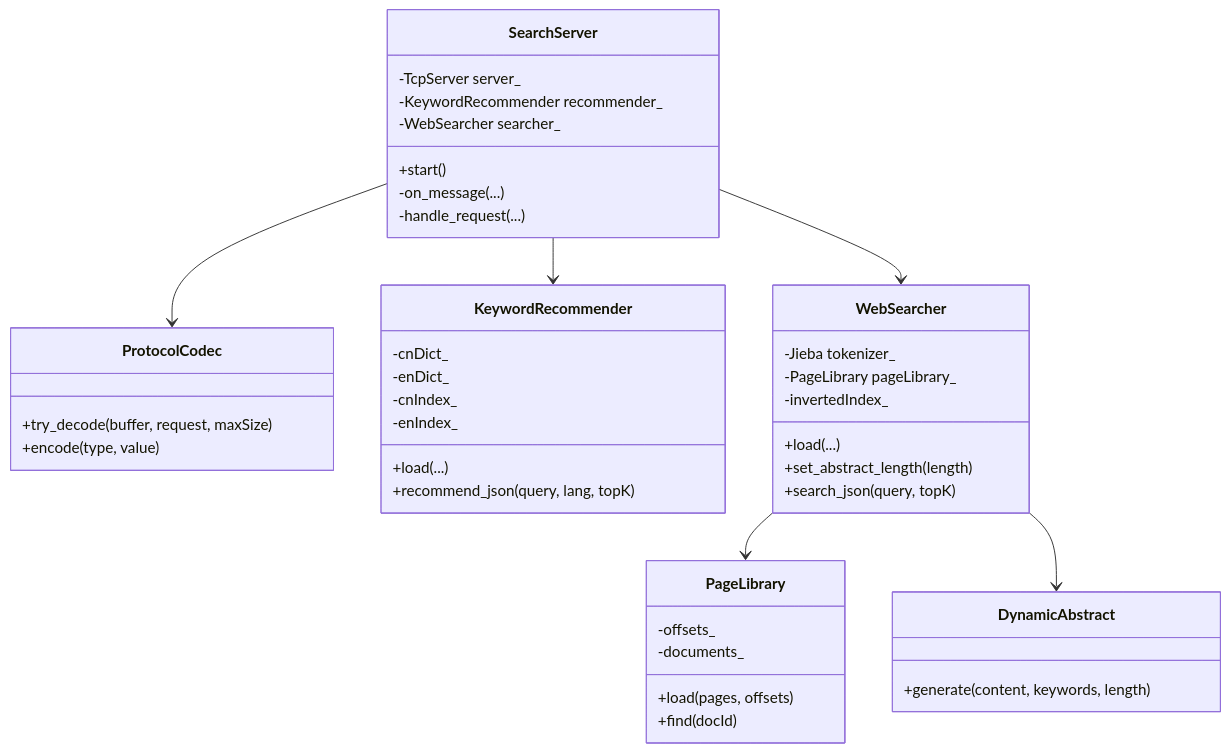
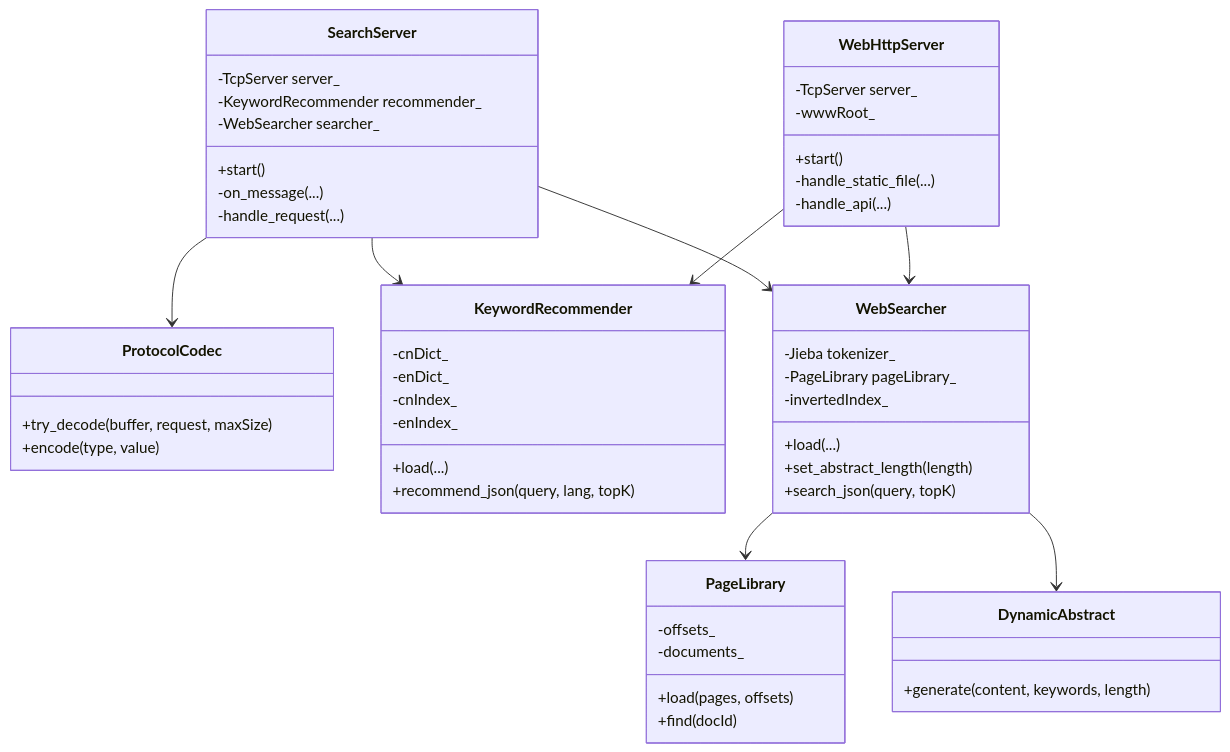
The fifth of 10 diagrams in 课件/07_搜索引擎项目/02_SearchEngine_V2/README.md (dijk4tra/Cpp_Advanced), drawn with Mermaid before and after one commit. The commit also changed other lines of this file and 25 other files, not shown here.

````diff
--- a/课件/07_搜索引擎项目/02_SearchEngine_V2/README.md
+++ b/课件/07_搜索引擎项目/02_SearchEngine_V2/README.md
@@ -388,51 +398,61 @@
 ```mermaid
 classDiagram
     class SearchServer {
         -TcpServer server_
         -KeywordRecommender recommender_
         -WebSearcher searcher_
         +start()
         -on_message(...)
         -handle_request(...)
     }
 
     class ProtocolCodec {
         +try_decode(buffer, request, maxSize)
         +encode(type, value)
     }
 
     class KeywordRecommender {
         -cnDict_
         -enDict_
         -cnIndex_
         -enIndex_
         +load(...)
         +recommend_json(query, lang, topK)
     }
 
     class WebSearcher {
         -Jieba tokenizer_
         -PageLibrary pageLibrary_
         -invertedIndex_
         +load(...)
         +set_abstract_length(length)
         +search_json(query, topK)
     }
 
     class PageLibrary {
         -offsets_
         -documents_
         +load(pages, offsets)
         +find(docId)
     }
 
     class DynamicAbstract {
         +generate(content, keywords, length)
     }
 
+    class WebHttpServer {
+        -TcpServer server_
+        -wwwRoot_
+        +start()
+        -handle_static_file(...)
+        -handle_api(...)
+    }
+
     SearchServer --> ProtocolCodec
     SearchServer --> KeywordRecommender
     SearchServer --> WebSearcher
+    WebHttpServer --> KeywordRecommender
+    WebHttpServer --> WebSearcher
     WebSearcher --> PageLibrary
     WebSearcher --> DynamicAbstract
 ```
````
